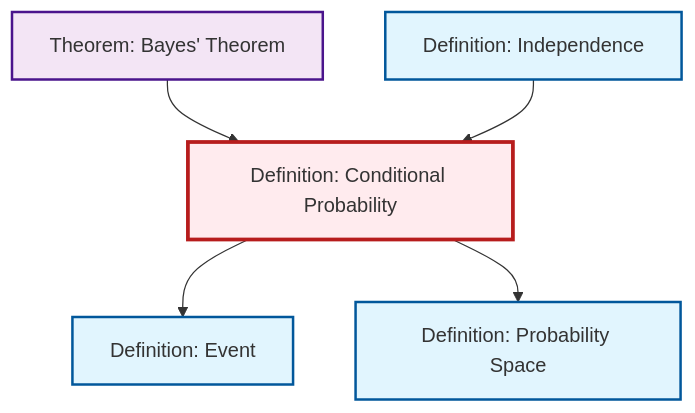
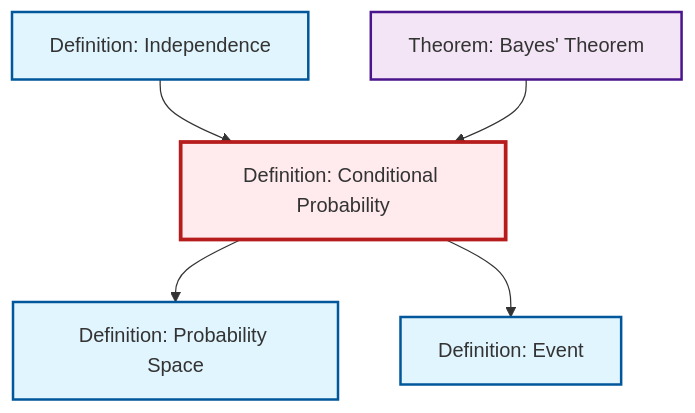
One commit to RK0429/ModernMath changed the diagram in content/en/probability-statistics/def-conditional-probability.qmd. Above: the diagram before and after it, drawn with Mermaid. The commit also changed other lines of this file and 360 other files, not shown here.

````diff
--- a/content/en/probability-statistics/def-conditional-probability.qmd
+++ b/content/en/probability-statistics/def-conditional-probability.qmd
@@ -69,23 +69,23 @@
 ```{mermaid}
 %%| fig-cap: "Local dependency graph"
 graph TD
     classDef definition fill:#e1f5fe,stroke:#01579b,stroke-width:2px
     classDef theorem fill:#f3e5f5,stroke:#4a148c,stroke-width:2px
     classDef axiom fill:#fff3e0,stroke:#e65100,stroke-width:2px
     classDef example fill:#e8f5e9,stroke:#1b5e20,stroke-width:2px
     classDef current fill:#ffebee,stroke:#b71c1c,stroke-width:3px
+    thm-bayes["Theorem: Bayes' Theorem"]:::theorem
     def-conditional-probability["Definition: Conditional Probability"]:::definition
-    thm-bayes["Theorem: Bayes' Theorem"]:::theorem
+    def-event["Definition: Event"]:::definition
+    def-probability-space["Definition: Probability Space"]:::definition
     def-independence["Definition: Independence"]:::definition
-    def-probability-space["Definition: Probability Space"]:::definition
-    def-event["Definition: Event"]:::definition
+    def-conditional-probability --> def-probability-space
+    def-independence --> def-conditional-probability
     def-conditional-probability --> def-event
     thm-bayes --> def-conditional-probability
-    def-conditional-probability --> def-probability-space
-    def-independence --> def-conditional-probability
     class def-conditional-probability current
     click thm-bayes "thm-bayes.html" "Go to Bayes' Theorem theorem"
+    click def-event "def-event.html" "Go to Event definition"
+    click def-probability-space "def-probability-space.html" "Go to Probability Space definition"
     click def-independence "def-independence.html" "Go to Independence definition"
-    click def-probability-space "def-probability-space.html" "Go to Probability Space definition"
-    click def-event "def-event.html" "Go to Event definition"
 ```
````
